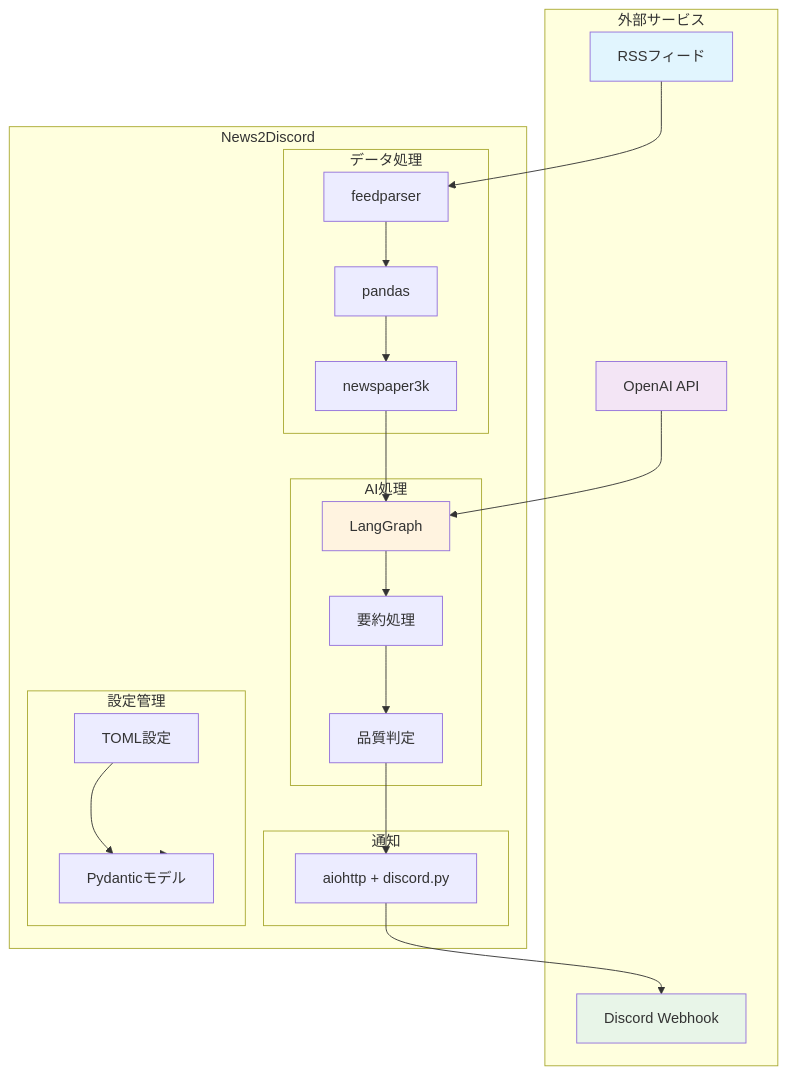
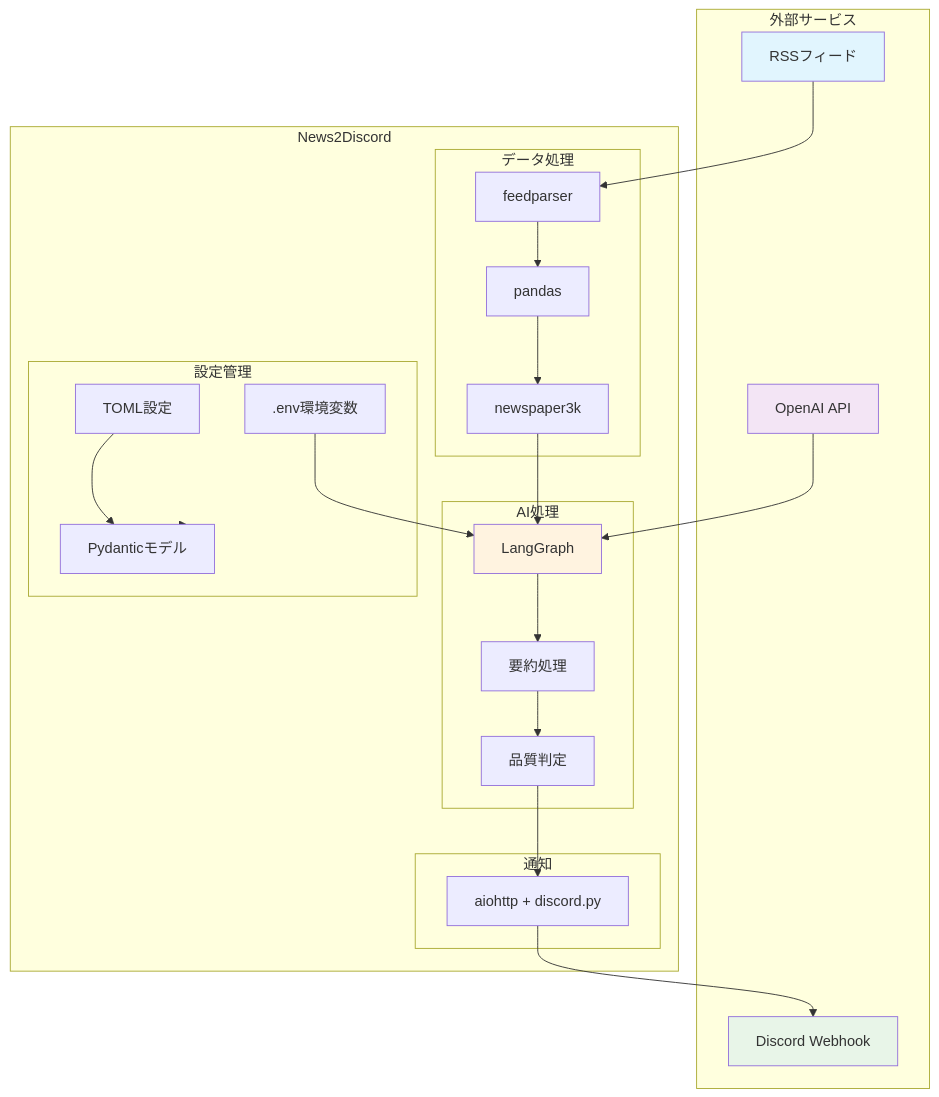
The first of 3 diagrams in README.md (rmc8/news2discord), drawn with Mermaid before and after one commit. The commit also changed other lines of this file and 4 other files, not shown here.

````diff
--- a/README.md
+++ b/README.md
@@ -18,48 +19,50 @@
 ```mermaid
 graph TB
     subgraph "外部サービス"
         RSS[RSSフィード]
         OpenAI[OpenAI API]
         Discord[Discord Webhook]
     end
     
     subgraph "News2Discord"
         subgraph "データ処理"
             FeedParser[feedparser]
             Newspaper[newspaper3k]
             Pandas[pandas]
         end
         
         subgraph "AI処理"
             LangGraph[LangGraph]
             Summarize[要約処理]
             Judge[品質判定]
         end
         
         subgraph "通知"
             DiscordClient[aiohttp + discord.py]
         end
         
         subgraph "設定管理"
             Config[TOML設定]
             Models[Pydanticモデル]
+            Env[.env環境変数]
         end
     end
     
     RSS --> FeedParser
     FeedParser --> Pandas
     Pandas --> Newspaper
     Newspaper --> LangGraph
     LangGraph --> Summarize
     Summarize --> Judge
     Judge --> DiscordClient
     DiscordClient --> Discord
     OpenAI --> LangGraph
     Config --> Models
+    Env --> LangGraph
     Models --> News2Discord
     
     style RSS fill:#e1f5fe
     style OpenAI fill:#f3e5f5
     style Discord fill:#e8f5e8
     style LangGraph fill:#fff3e0
 ```
````
